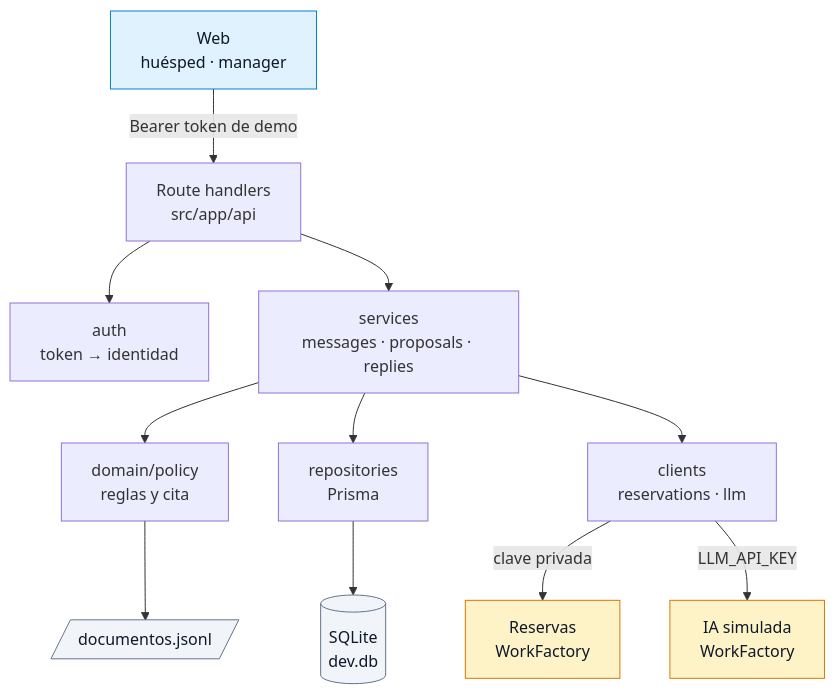
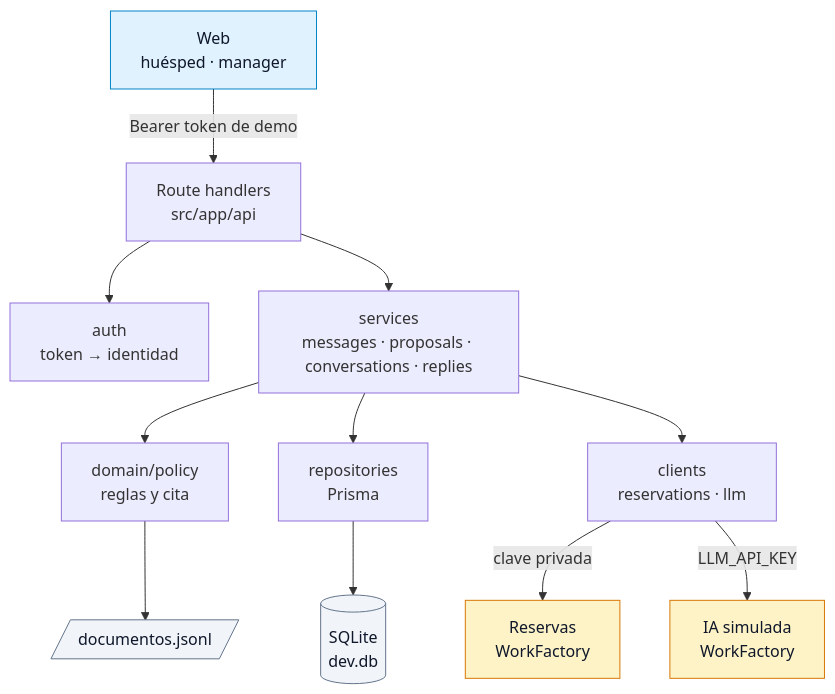
One commit to tabraue/takehome-17844f0d37b1 changed the first of 2 diagrams in README.md. Above: the diagram before and after it, drawn with Mermaid. The commit also changed other lines of this file and 4 other files, not shown here.

````diff
--- a/README.md
+++ b/README.md
@@ -211,32 +213,32 @@
 ```mermaid
 flowchart TB
   UI["Web<br/>huésped · manager"]
   API["Route handlers<br/>src/app/api"]
   AUTH["auth<br/>token → identidad"]
-  SVC["services<br/>messages · proposals · replies"]
+  SVC["services<br/>messages · proposals · conversations · replies"]
   DOM["domain/policy<br/>reglas y cita"]
   REPO["repositories<br/>Prisma"]
   CLI["clients<br/>reservations · llm"]
   DOCS[/"documentos.jsonl"/]
   DB[("SQLite<br/>dev.db")]
   RES["Reservas<br/>WorkFactory"]
   LLM["IA simulada<br/>WorkFactory"]
 
   UI -->|Bearer token de demo| API
   API --> AUTH
   API --> SVC
   SVC --> DOM
   SVC --> REPO
   SVC --> CLI
   DOM --> DOCS
   REPO --> DB
   CLI -->|clave privada| RES
   CLI -->|LLM_API_KEY| LLM
 
   classDef web fill:#e0f2fe,stroke:#0284c7,color:#0f172a
   classDef ext fill:#fef3c7,stroke:#d97706,color:#0f172a
   classDef data fill:#f1f5f9,stroke:#64748b,color:#0f172a
   class UI web
   class RES,LLM ext
   class DB,DOCS data
 ```
````
